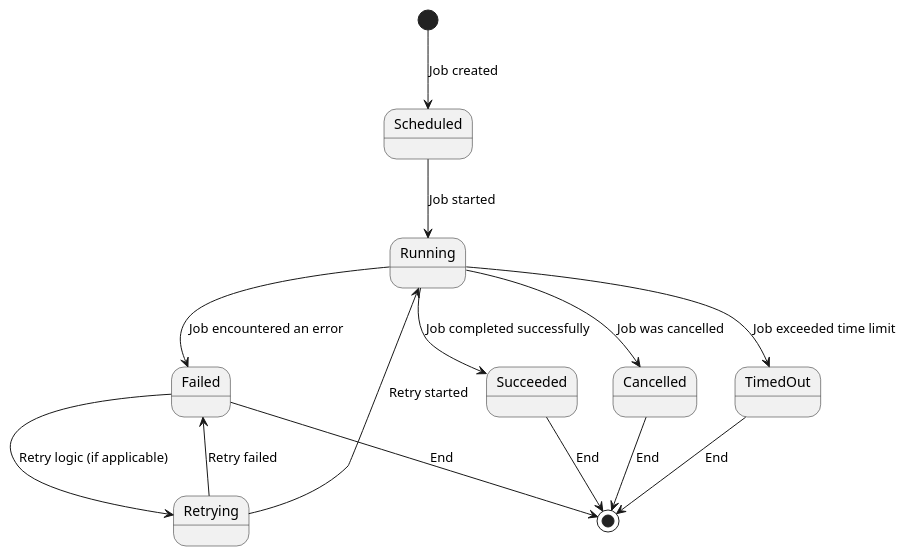
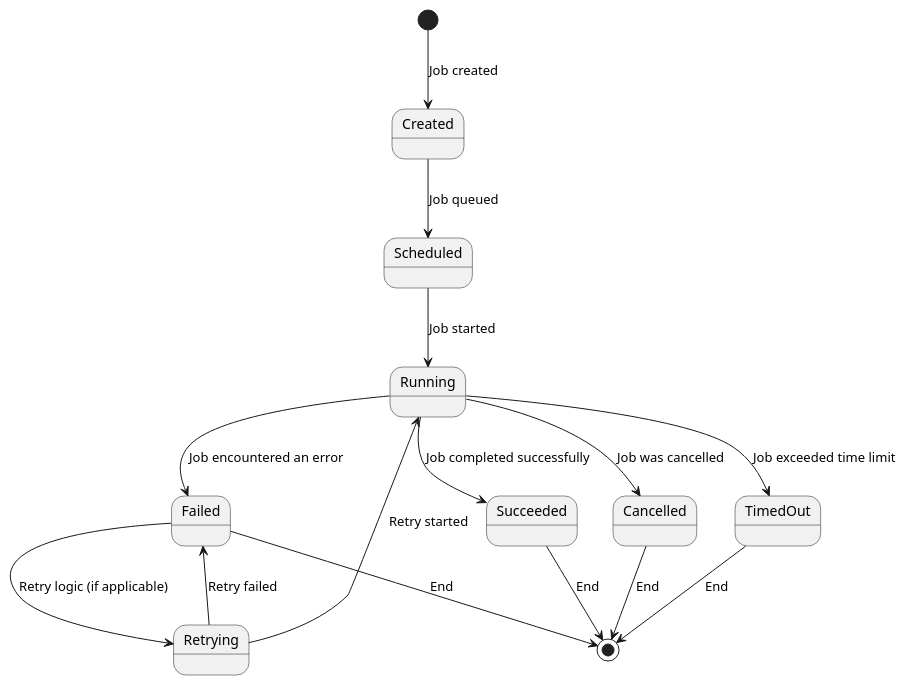
The diagram in doc/img/job_state.pu (cybergarage/go-job), drawn with PlantUML before and after one commit.

Commit message:
Update images

```diff
--- a/doc/img/job_state.pu
+++ b/doc/img/job_state.pu
@@ -1,18 +1,19 @@
 @startuml
-[*] --> Scheduled : Job created
+[*] --> Created : Job created
 
+Created --> Scheduled : Job queued
 Scheduled --> Running : Job started
 Running --> Succeeded : Job completed successfully
 Running --> Failed : Job encountered an error
 Running --> Cancelled : Job was cancelled
 Running --> TimedOut : Job exceeded time limit
 
 Failed --> Retrying : Retry logic (if applicable)
 Retrying --> Running : Retry started
 Retrying --> Failed : Retry failed
 
 Cancelled --> [*] : End
 Succeeded --> [*] : End
 TimedOut --> [*] : End
 Failed --> [*] : End
 @enduml
```
